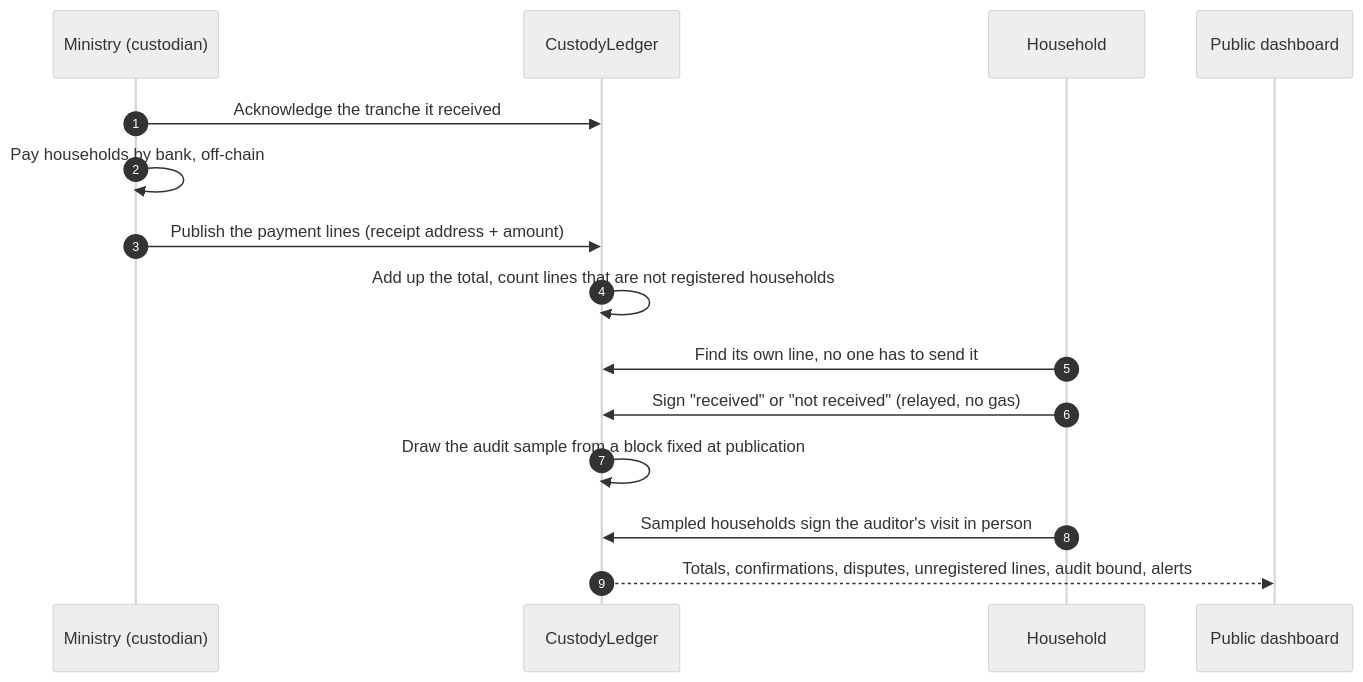
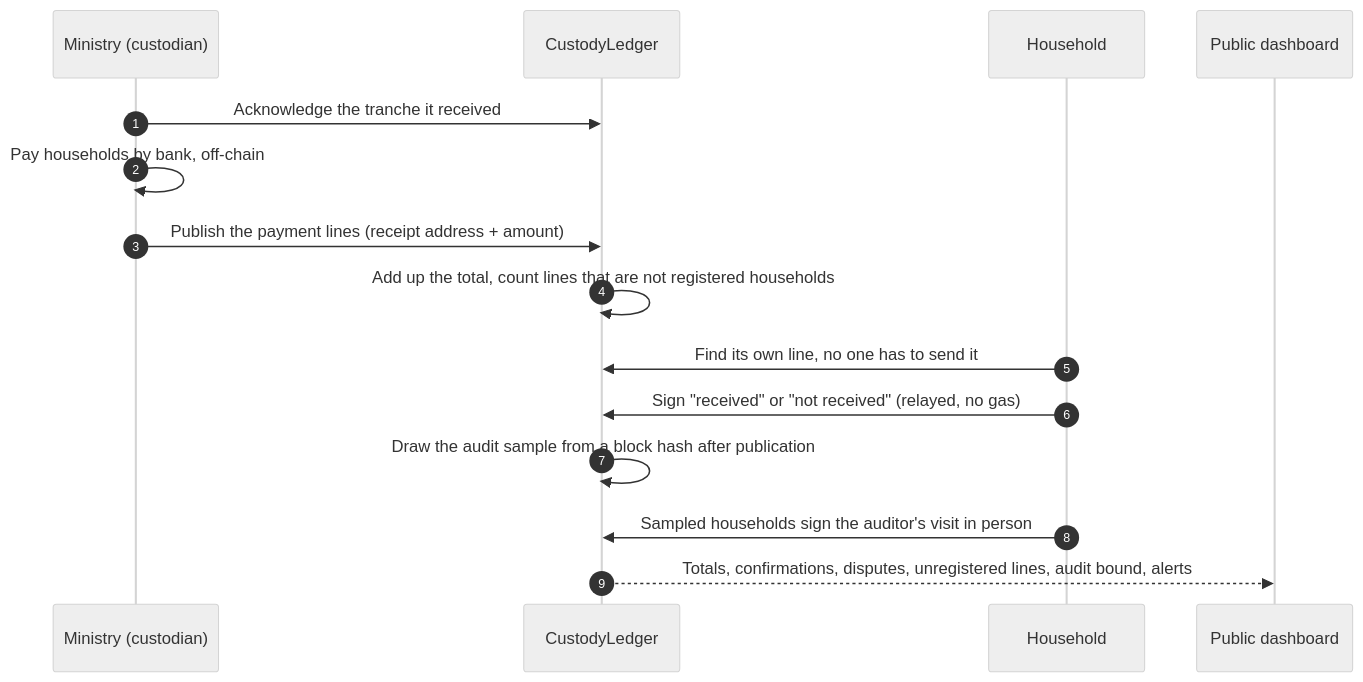
Before and after one commit to ZhenYan1214/kept: the second of 2 diagrams in README.md, drawn with Mermaid (neutral theme). The commit also changed other lines of this file and 13 other files, not shown here.

First line of the commit message:
Fact check: correct on-screen figures, Details, diagrams and the audit-draw wording

````diff
--- a/README.md
+++ b/README.md
@@ -121,17 +121,17 @@
 ```mermaid
 sequenceDiagram
   autonumber
   participant M as Ministry (custodian)
   participant L as CustodyLedger
   participant H as Household
   participant P as Public dashboard
   M->>L: Acknowledge the tranche it received
   M->>M: Pay households by bank, off-chain
   M->>L: Publish the payment lines (receipt address + amount)
   L->>L: Add up the total, count lines that are not registered households
   H->>L: Find its own line, no one has to send it
   H->>L: Sign "received" or "not received" (relayed, no gas)
-  L->>L: Draw the audit sample from a block fixed at publication
+  L->>L: Draw the audit sample from a block hash after publication
   H->>L: Sampled households sign the auditor's visit in person
   L-->>P: Totals, confirmations, disputes, unregistered lines, audit bound, alerts
 ```
````
